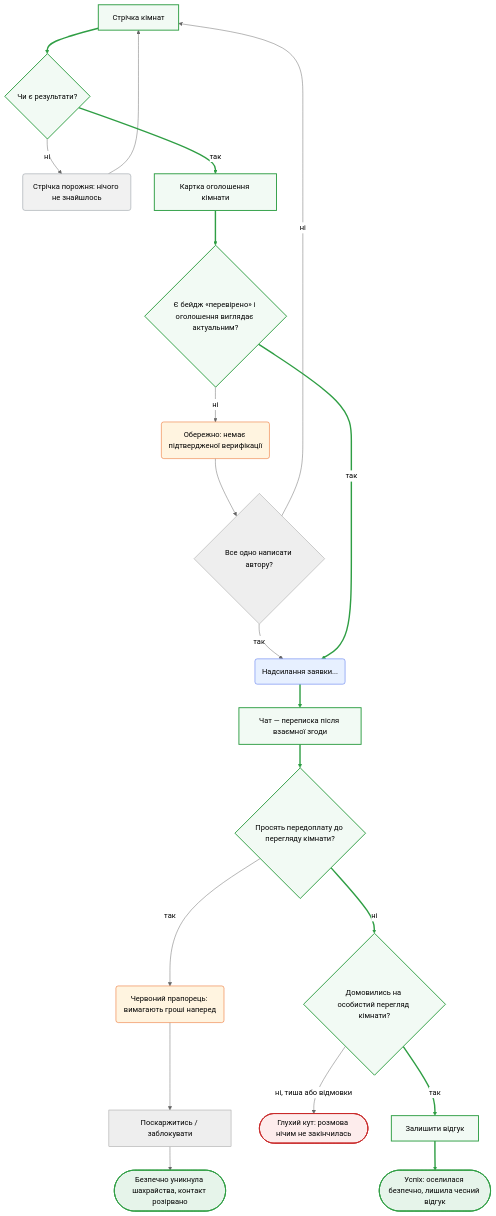
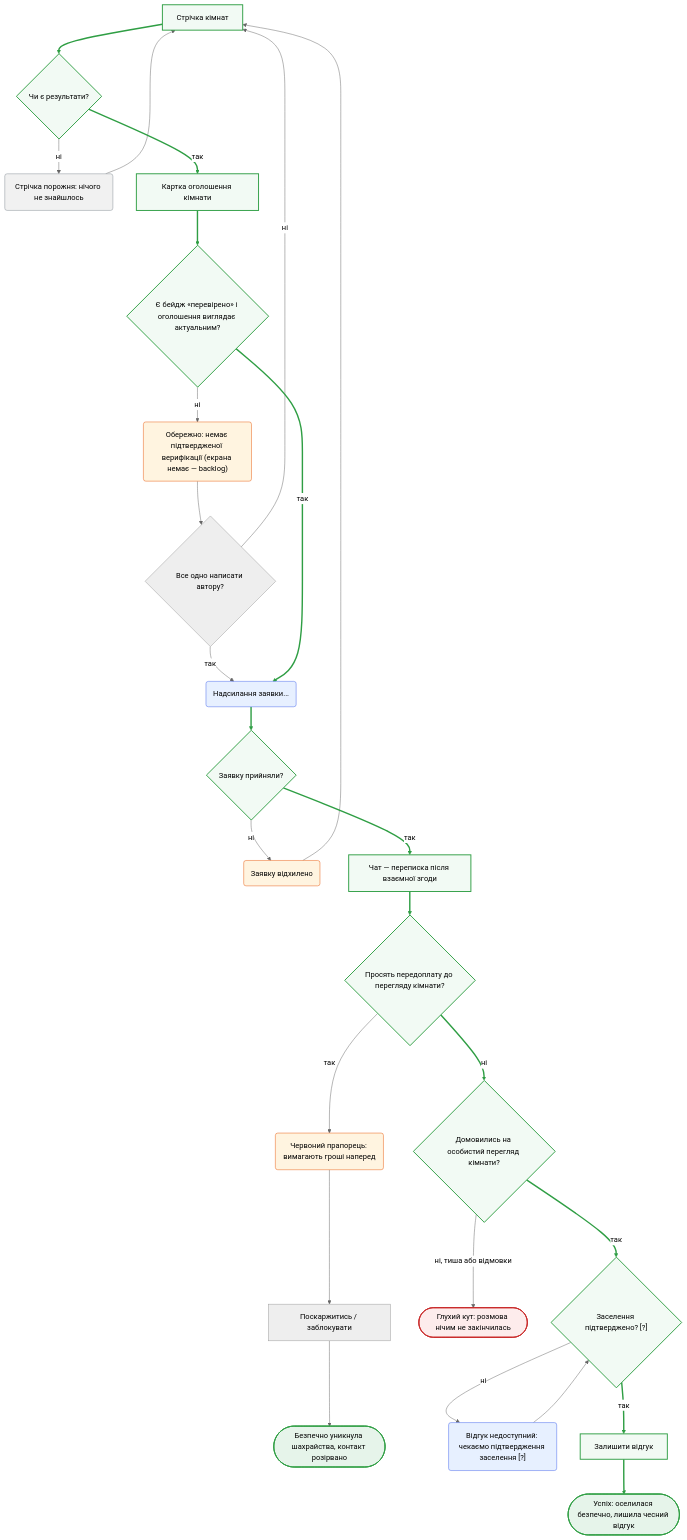
Before and after one commit to denysosadchyi/kootok: the fourth of 4 diagrams in flows.md, drawn with Mermaid (neutral theme). The commit also changed other lines of this file and 381 other files, not shown here.

````diff
--- a/flows.md
+++ b/flows.md
@@ -219,36 +224,42 @@
 ```mermaid
 flowchart TD
     A["Стрічка кімнат"] --> B{"Чи є результати?"}
     B -->|ні| C("Стрічка порожня: нічого не знайшлось")
     C --> A
     B -->|так| D["Картка оголошення кімнати"]
     D --> E{"Є бейдж «перевірено» і оголошення виглядає актуальним?"}
-    E -->|ні| F("Обережно: немає підтвердженої верифікації")
+    E -->|ні| F("Обережно: немає підтвердженої верифікації (екрана немає — backlog)")
     F --> G{"Все одно написати автору?"}
     G -->|ні| A
     G -->|так| H("Надсилання заявки...")
     E -->|так| H
-    H --> I["Чат — переписка після взаємної згоди"]
+    H --> H2{"Заявку прийняли?"}
+    H2 -->|ні| H3("Заявку відхилено")
+    H3 --> A
+    H2 -->|так| I["Чат — переписка після взаємної згоди"]
     I --> J{"Просять передоплату до перегляду кімнати?"}
     J -->|так| K("Червоний прапорець: вимагають гроші наперед")
     K --> L["Поскаржитись / заблокувати"]
     L --> M(["Безпечно уникнула шахрайства, контакт розірвано"])
     J -->|ні| N{"Домовились на особистий перегляд кімнати?"}
     N -->|ні, тиша або відмовки| O(["Глухий кут: розмова нічим не закінчилась"])
-    N -->|так| P["Залишити відгук"]
+    N -->|так| X{"Заселення підтверджено? [?]"}
+    X -->|ні| Y("Відгук недоступний: чекаємо підтвердження заселення [?]")
+    Y --> X
+    X -->|так| P["Залишити відгук"]
     P --> Q(["Успіх: оселилася безпечно, лишила чесний відгук"])
 
     classDef success fill:#e6f4ea,stroke:#2f9e44,stroke-width:2px;
     classDef stuck fill:#fdecec,stroke:#c92a2a,stroke-width:2px;
     classDef err fill:#fff4e0,stroke:#e8590c;
     classDef wait fill:#e7f0ff,stroke:#4263eb;
     classDef empty fill:#f1f1f1,stroke:#868e96;
     classDef happy fill:#f2faf4,stroke:#2f9e44,stroke-width:2px;
     class M,Q success;
-    class A,B,D,E,I,J,N,P happy;
+    class A,B,D,E,H2,I,J,N,X,P happy;
     class O stuck;
-    class F,K err;
-    linkStyle 0,3,4,9,10,11,15,17,18 stroke:#2f9e44,stroke-width:3px;
-    class H wait;
+    class F,K,H3 err;
+    linkStyle 0,3,4,9,10,13,14,18,20,23,24 stroke:#2f9e44,stroke-width:3px;
+    class H,Y wait;
     class C empty;
 ```
````
